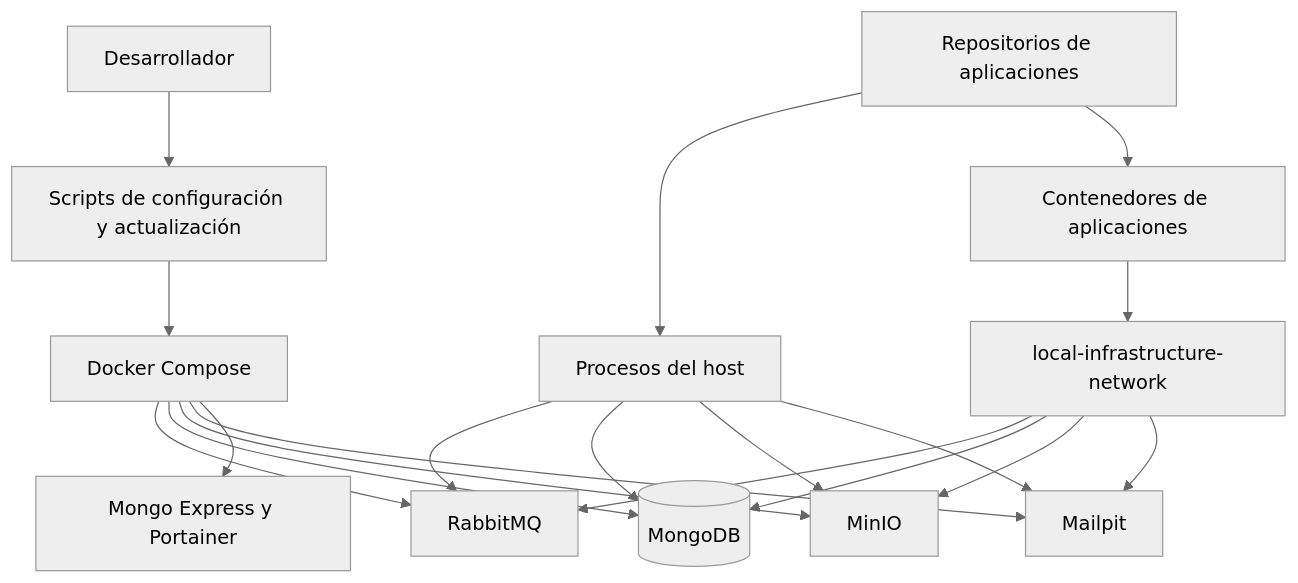
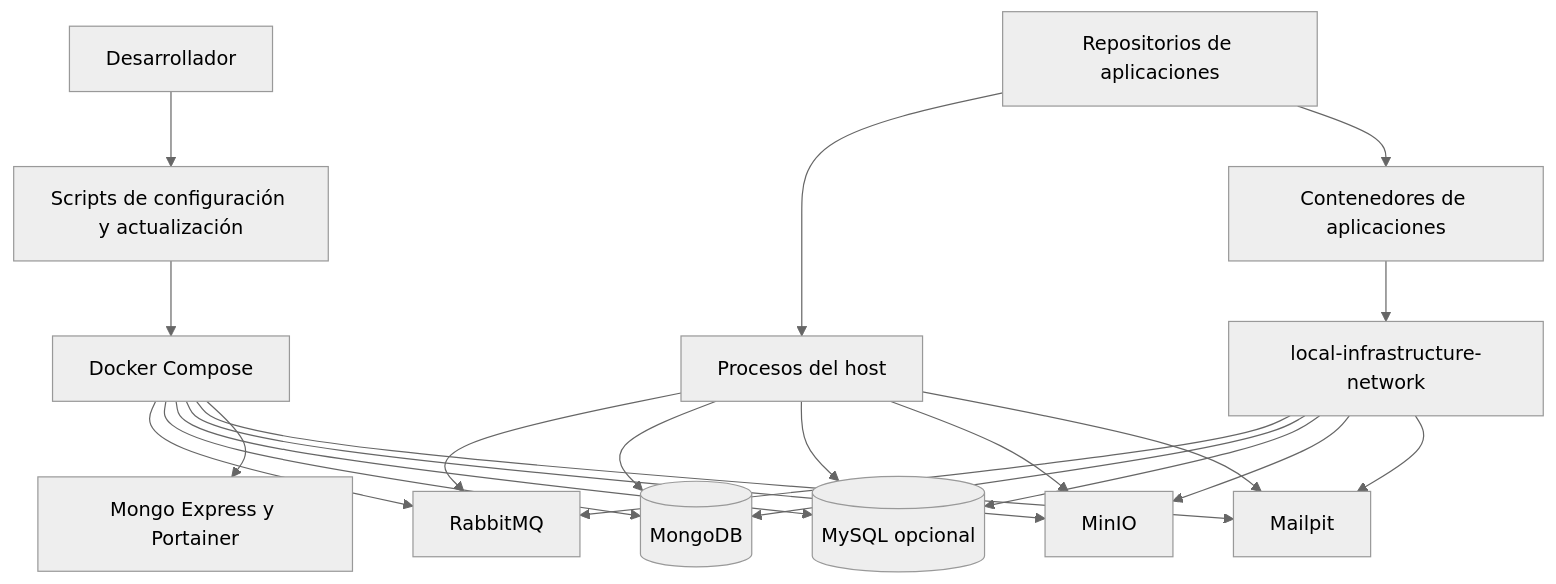
One commit to AlexZuniga10/local_infrastructure changed the diagram in README.md. Above: the diagram before and after it, drawn with Mermaid (neutral theme). The commit also changed other lines of this file and 6 other files, not shown here.

````diff
--- a/README.md
+++ b/README.md
@@ -222,21 +253,24 @@
 ```mermaid
 flowchart TD
     DEV[Desarrollador] --> SETUP[Scripts de configuración y actualización]
     SETUP --> INFRA[Docker Compose]
     APPS[Repositorios de aplicaciones] --> HOST[Procesos del host]
     APPS --> CONTAINERS[Contenedores de aplicaciones]
     INFRA --> MQ[RabbitMQ]
     INFRA --> DB[(MongoDB)]
+    INFRA --> SQL[(MySQL opcional)]
     INFRA --> STORAGE[MinIO]
     INFRA --> MAIL[Mailpit]
     INFRA --> TOOLS[Mongo Express y Portainer]
     HOST --> MQ
     HOST --> DB
+    HOST --> SQL
     HOST --> STORAGE
     HOST --> MAIL
     CONTAINERS --> NETWORK[local-infrastructure-network]
     NETWORK --> MQ
     NETWORK --> DB
+    NETWORK --> SQL
     NETWORK --> STORAGE
     NETWORK --> MAIL
 ```
````
